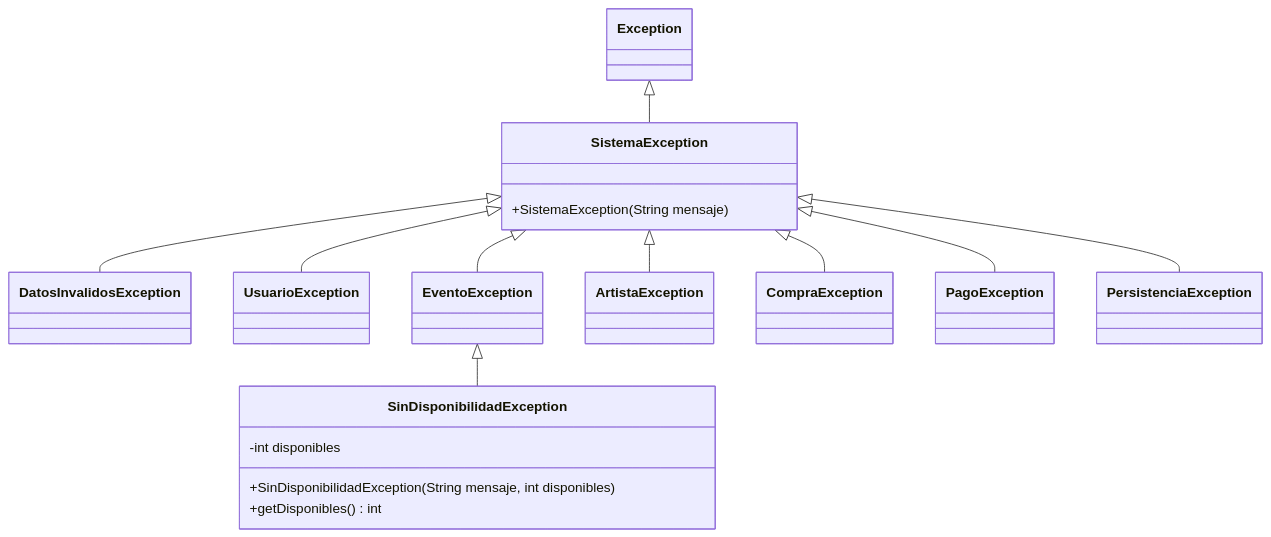
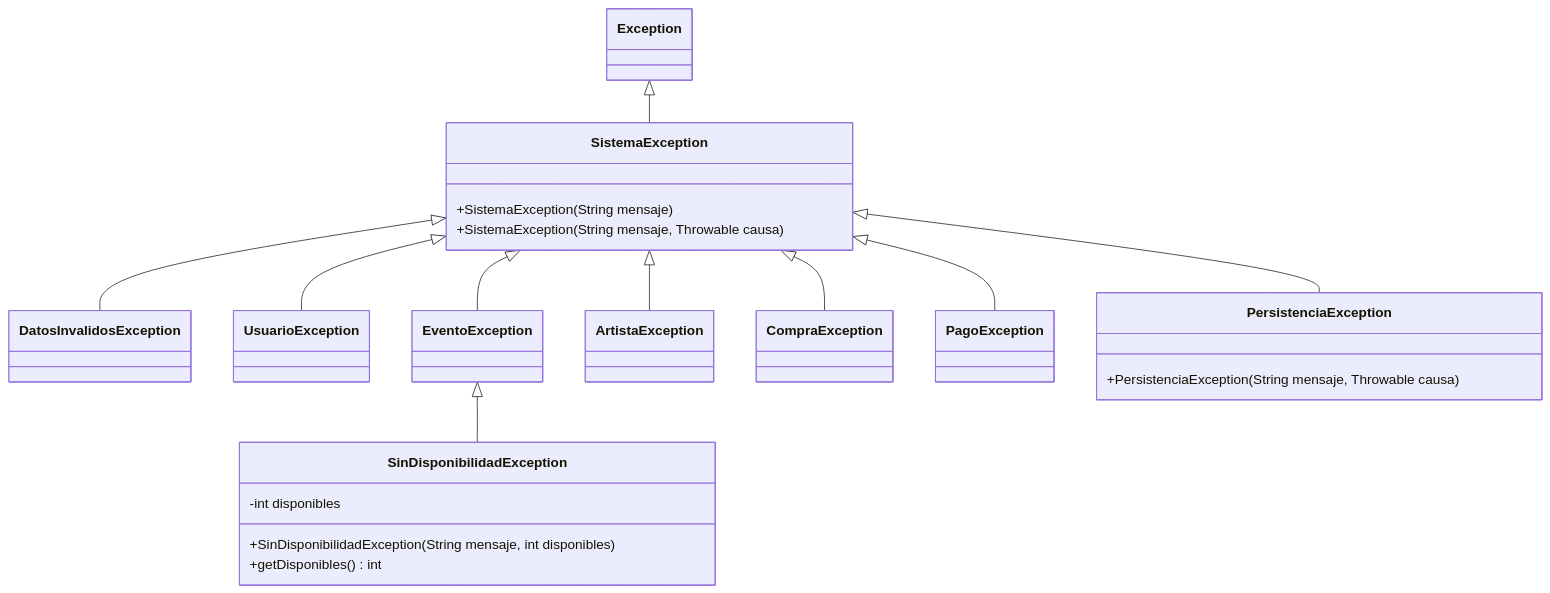
Before and after one commit to AgustinSimonenco/gestion-eventos-musicales: the fourth of 4 diagrams in docs/diseno/p6-diagrama-de-clases-modelo.md, drawn with Mermaid. The commit also changed other lines of this file and 3 other files, not shown here.

````diff
--- a/docs/diseno/p6-diagrama-de-clases-modelo.md
+++ b/docs/diseno/p6-diagrama-de-clases-modelo.md
@@ -368,31 +389,34 @@
 ```mermaid
 classDiagram
     direction TB
 
     class Exception
     class SistemaException {
         +SistemaException(String mensaje)
+        +SistemaException(String mensaje, Throwable causa)
     }
     class DatosInvalidosException
     class UsuarioException
     class EventoException
     class SinDisponibilidadException {
         -int disponibles
         +SinDisponibilidadException(String mensaje, int disponibles)
         +getDisponibles() int
     }
     class ArtistaException
     class CompraException
     class PagoException
-    class PersistenciaException
+    class PersistenciaException {
+        +PersistenciaException(String mensaje, Throwable causa)
+    }
 
     Exception <|-- SistemaException
     SistemaException <|-- DatosInvalidosException
     SistemaException <|-- UsuarioException
     SistemaException <|-- EventoException
     EventoException <|-- SinDisponibilidadException
     SistemaException <|-- ArtistaException
     SistemaException <|-- CompraException
     SistemaException <|-- PagoException
     SistemaException <|-- PersistenciaException
 ```
````
